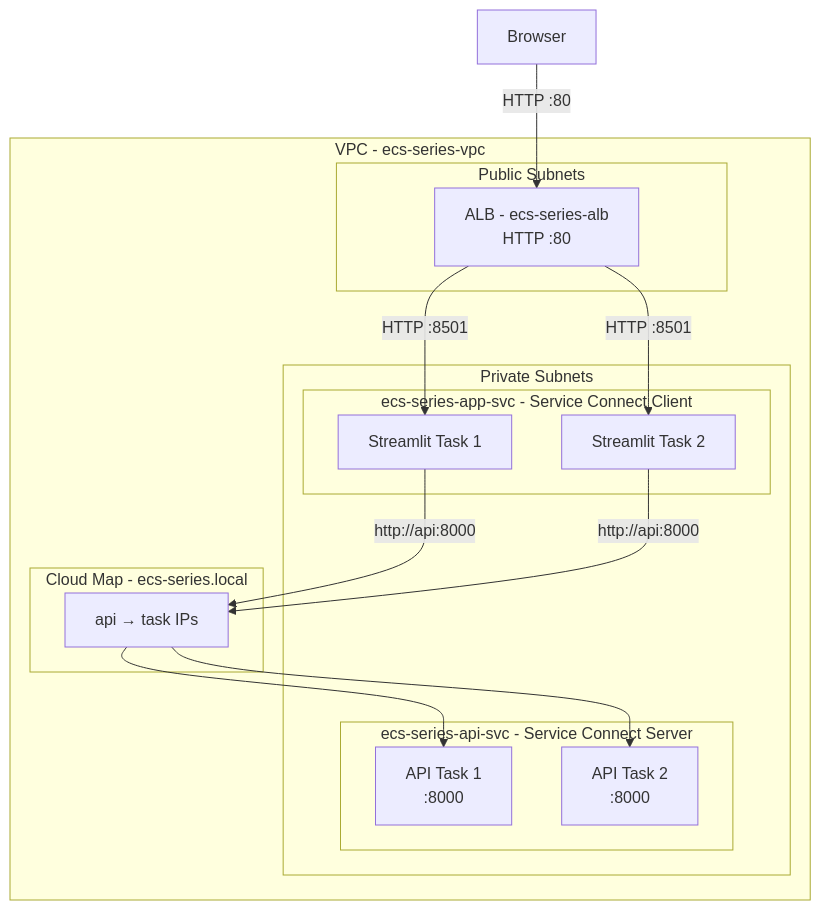
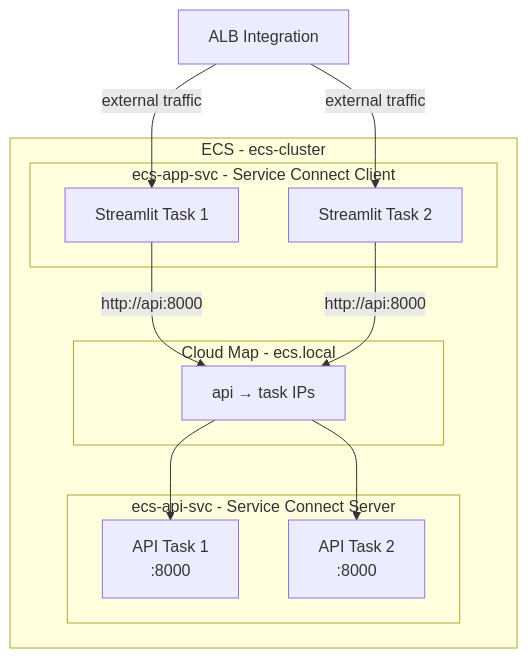
One commit to kubenine-mohammed/kubeblogs changed the second of 2 diagrams in chapter-4/blog-draft.md. Above: the diagram before and after it, drawn with Mermaid. The commit also changed other lines of this file and 2 other files, not shown here.

Commit message:
feat: ecs-focused update version1

````diff
--- a/chapter-4/blog-draft.md
+++ b/chapter-4/blog-draft.md
@@ -433,34 +324,27 @@
 ```mermaid
 flowchart TB
-    user[Browser]
-
-    subgraph vpc [VPC - ecs-series-vpc]
-        subgraph publicSubnets [Public Subnets]
-            alb[ALB - ecs-series-alb\nHTTP :80]
+    subgraph ecs [ECS - ecs-cluster]
+        subgraph appSvc [ecs-app-svc - Service Connect Client]
+            st1[Streamlit Task 1]
+            st2[Streamlit Task 2]
         end
 
-        subgraph privateSubnets [Private Subnets]
-            subgraph appSvc [ecs-series-app-svc - Service Connect Client]
-                st1[Streamlit Task 1]
-                st2[Streamlit Task 2]
-            end
-
-            subgraph apiSvc [ecs-series-api-svc - Service Connect Server]
-                api1[API Task 1\n:8000]
-                api2[API Task 2\n:8000]
-            end
+        subgraph apiSvc [ecs-api-svc - Service Connect Server]
+            api1[API Task 1\n:8000]
+            api2[API Task 2\n:8000]
         end
 
-        subgraph cloudMap [Cloud Map - ecs-series.local]
+        subgraph cloudMap [Cloud Map - ecs.local]
             dns[api → task IPs]
         end
     end
 
-    user -->|"HTTP :80"| alb
-    alb -->|"HTTP :8501"| st1
-    alb -->|"HTTP :8501"| st2
+    alb[ALB Integration]
+
+    alb -->|"external traffic"| st1
+    alb -->|"external traffic"| st2
     st1 -->|"http://api:8000"| dns
     st2 -->|"http://api:8000"| dns
     dns --> api1
     dns --> api2
 ```
````
